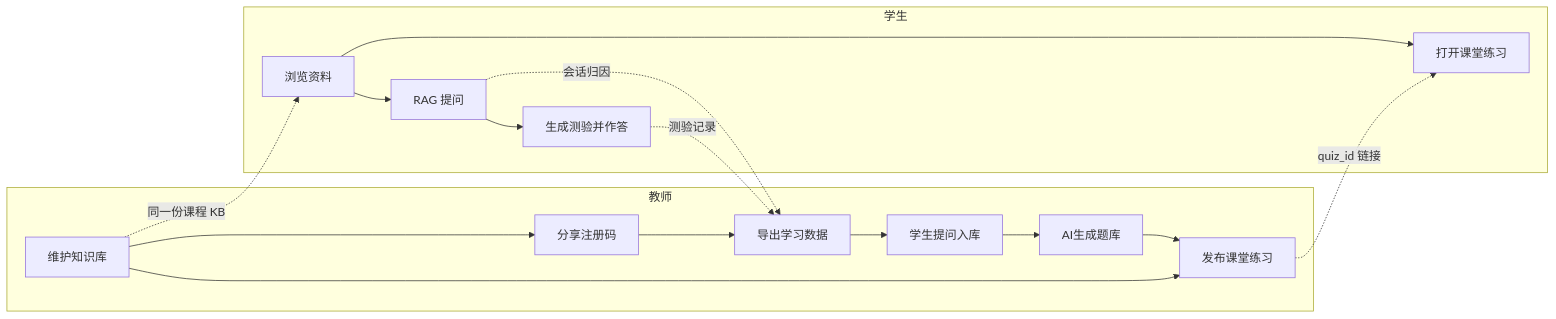
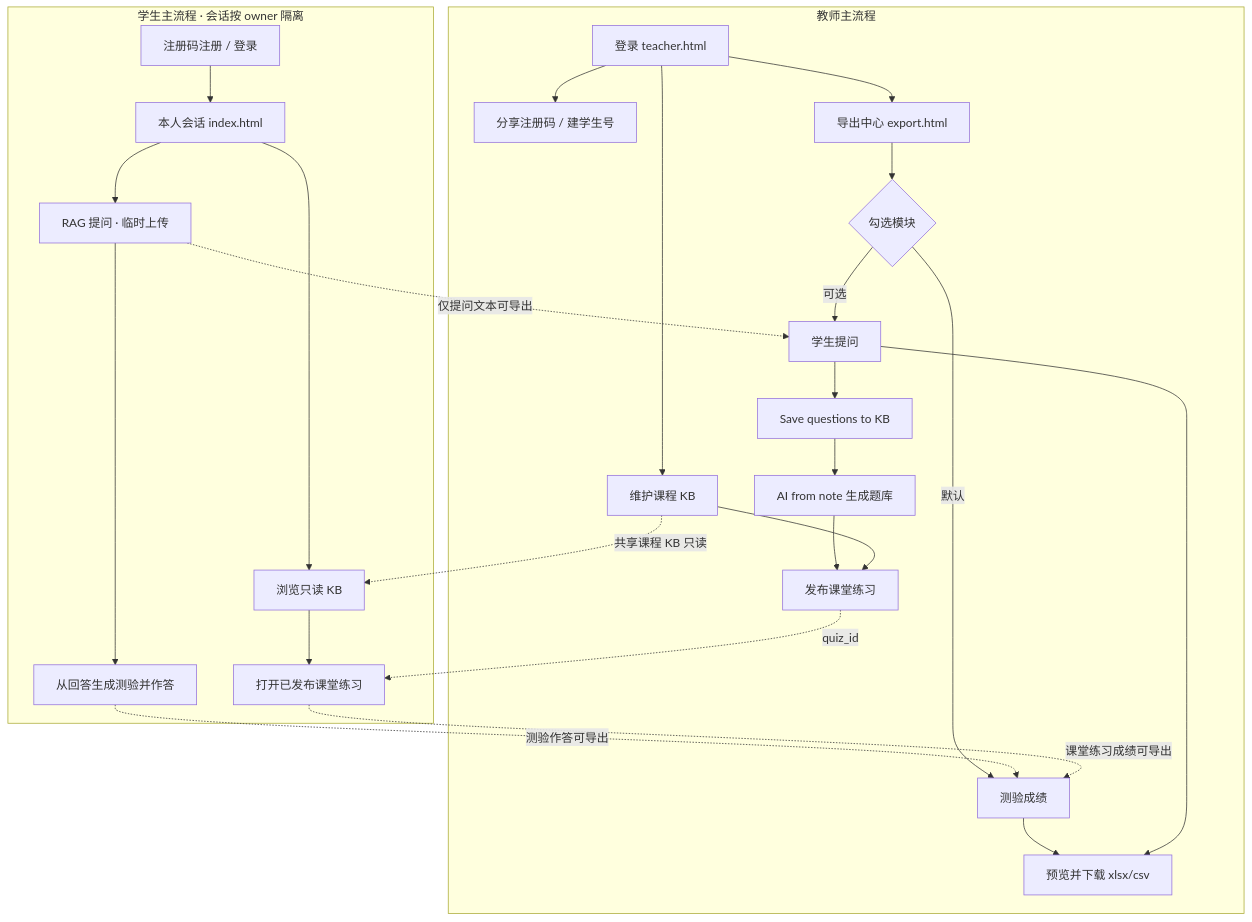
Before and after one commit to JinYue-star/ForRag: the first of 2 diagrams in docs/ForRAG_PRD.md, drawn with Mermaid. The commit also changed other lines of this file and 104 other files, not shown here.

````diff
--- a/docs/ForRAG_PRD.md
+++ b/docs/ForRAG_PRD.md
@@ -156,20 +157,31 @@
 ```mermaid
-flowchart LR
-  subgraph teacher [教师]
-    A[维护知识库] --> B[分享注册码]
-    B --> C[导出学习数据]
-    C --> C2[学生提问入库]
-    C2 --> C3[AI生成题库]
-    C3 --> C4[发布课堂练习]
-    A --> C4
+flowchart TB
+  subgraph teacherFlow [教师主流程]
+    T1[登录 teacher.html] --> T2[维护课程 KB]
+    T1 --> T3[分享注册码 / 建学生号]
+    T1 --> T4[导出中心 export.html]
+    T4 --> T5{勾选模块}
+    T5 -->|默认| T6[测验成绩]
+    T5 -->|可选| T7[学生提问]
+    T6 --> T8[预览并下载 xlsx/csv]
+    T7 --> T8
+    T7 --> T9[Save questions to KB]
+    T9 --> T10[AI from note 生成题库]
+    T10 --> T11[发布课堂练习]
+    T2 --> T11
   end
-  subgraph student [学生]
-    D[浏览资料] --> E[RAG 提问]
-    E --> F[生成测验并作答]
-    D --> G[打开课堂练习]
+
+  subgraph studentFlow [学生主流程 · 会话按 owner 隔离]
+    S1[注册码注册 / 登录] --> S2[本人会话 index.html]
+    S2 --> S3[浏览只读 KB]
+    S2 --> S4[RAG 提问 · 临时上传]
+    S4 --> S5[从回答生成测验并作答]
+    S3 --> S6[打开已发布课堂练习]
   end
-  A -.->|同一份课程 KB| D
-  E -.->|会话归因| C
-  F -.->|测验记录| C
-  C4 -.->|quiz_id 链接| G
+
+  T2 -.->|共享课程 KB 只读| S3
+  T11 -.->|quiz_id| S6
+  S4 -.->|仅提问文本可导出| T7
+  S5 -.->|测验作答可导出| T6
+  S6 -.->|课堂练习成绩可导出| T6
 ```
````
